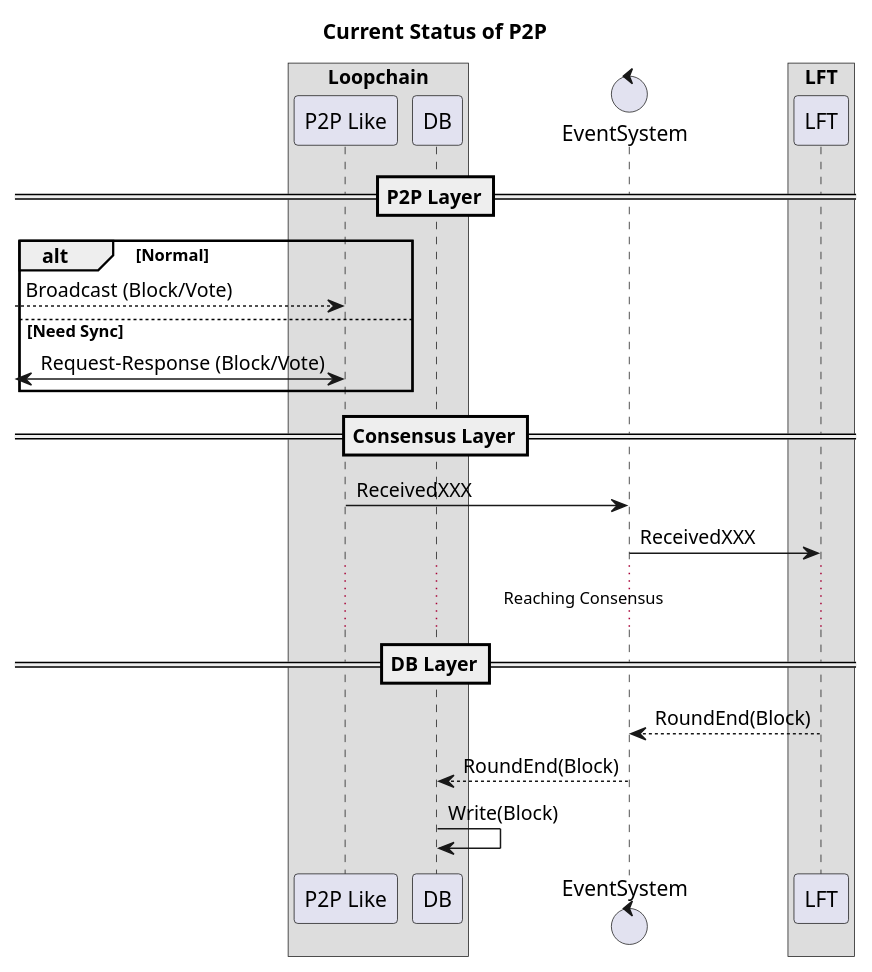
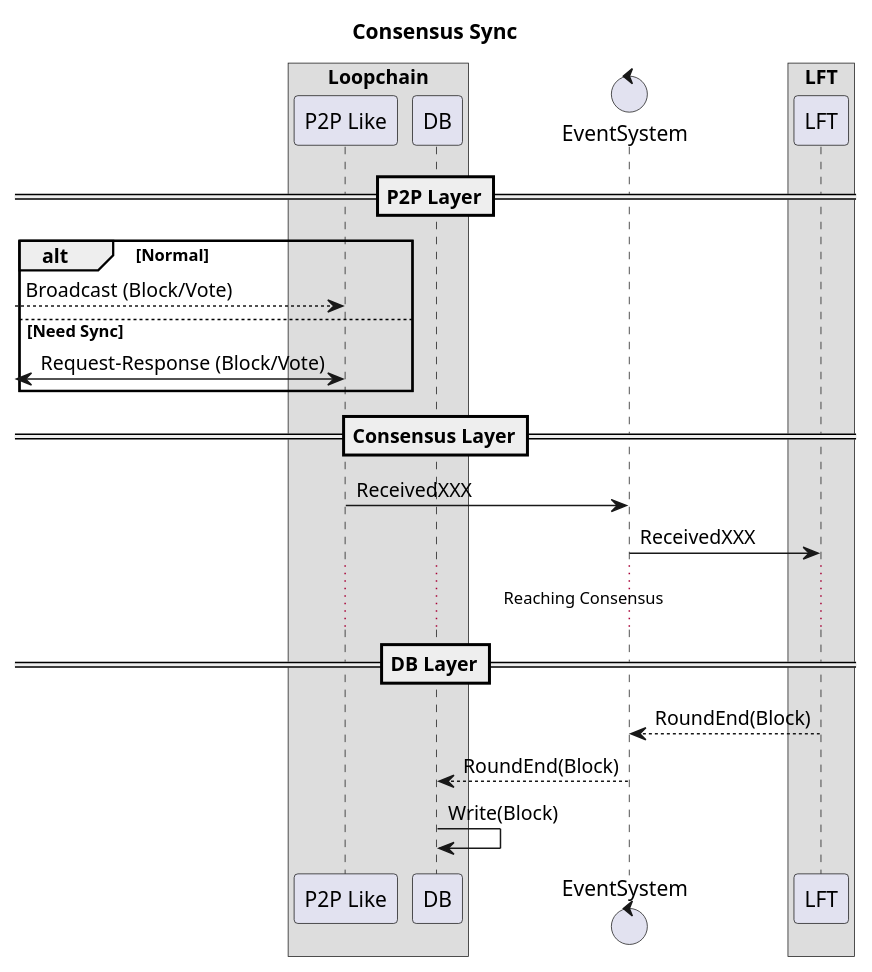
One commit to metalg0su/studies changed the diagram in diagrams/p2p/dig.puml. Above: the diagram before and after it, drawn with PlantUML.

```diff
--- a/diagrams/p2p/dig.puml
+++ b/diagrams/p2p/dig.puml
@@ -1,32 +1,32 @@
 @startuml
-title Current Status of P2P
+title Consensus Sync
 
 box Loopchain
     participant "P2P Like" as p2p
     participant "DB" as db
 end box
 
 control "EventSystem" as es
 
 box LFT
     participant "LFT" as consensus
 end box
 
 ==P2P Layer==
 alt Normal
     [--> p2p: Broadcast (Block/Vote)
 else Need Sync
     [<-> p2p: Request-Response (Block/Vote)
 end alt
 
 ==Consensus Layer==
 p2p -> es: ReceivedXXX
 es -> consensus: ReceivedXXX
 
 ...Reaching Consensus...
 
 ==DB Layer==
 consensus --> es: RoundEnd(Block)
 es --> db: RoundEnd(Block)
 db -> db: Write(Block)
 @enduml
```
